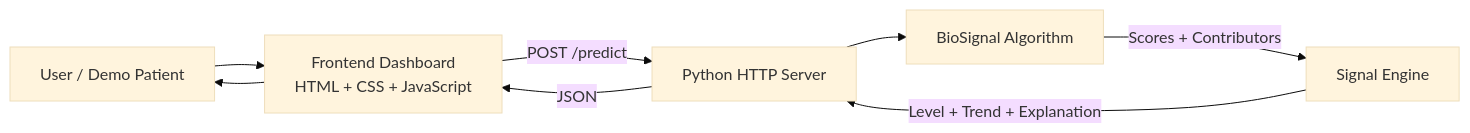
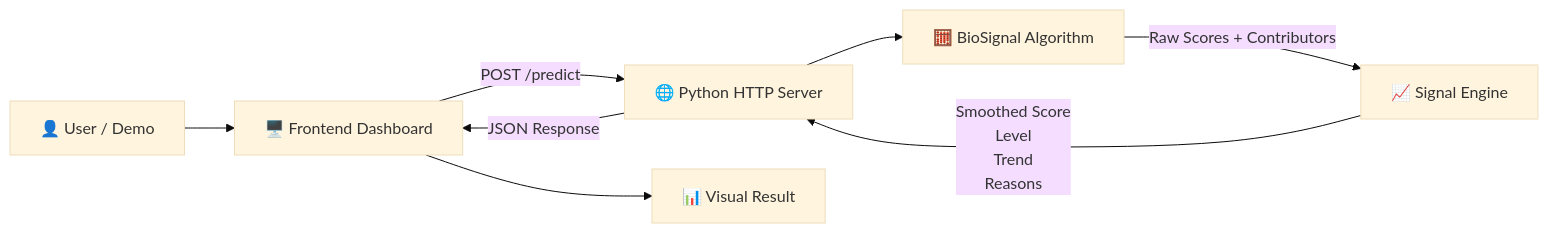
Before and after one commit to laviniaichimm-blip/HachatOwners: the first of 2 diagrams in README.md, drawn with Mermaid (base theme). The commit also changed other lines of this file, not shown here.

````diff
--- a/README.md
+++ b/README.md
@@ -110,16 +172,17 @@
 ```mermaid
 flowchart LR
-    User[User / Demo Patient]
-    UI[Frontend Dashboard<br/>HTML + CSS + JavaScript]
-    Server[Python HTTP Server]
-    Algorithm[BioSignal Algorithm]
-    Signal[Signal Engine]
 
-    User --> UI
-    UI -->|POST /predict| Server
-    Server --> Algorithm
-    Algorithm -->|Scores + Contributors| Signal
-    Signal -->|Level + Trend + Explanation| Server
-    Server -->|JSON| UI
-    UI --> User
+    A["👤 User / Demo"] --> B["🖥️ Frontend Dashboard"]
+
+    B -->|"POST /predict"| C["🌐 Python HTTP Server"]
+
+    C --> D["🧮 BioSignal Algorithm"]
+
+    D -->|"Raw Scores + Contributors"| E["📈 Signal Engine"]
+
+    E -->|"Smoothed Score<br/>Level<br/>Trend<br/>Reasons"| C
+
+    C -->|"JSON Response"| B
+
+    B --> F["📊 Visual Result"]
 ```
````
